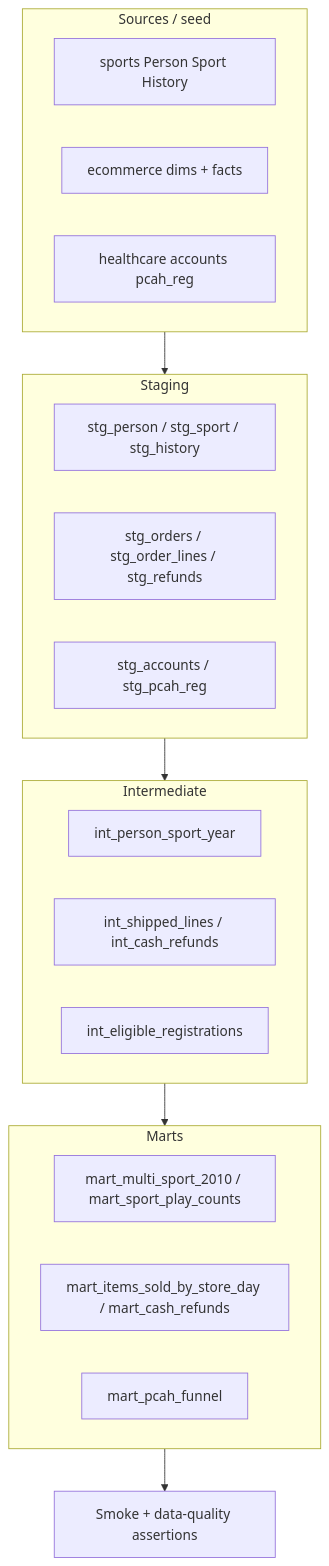
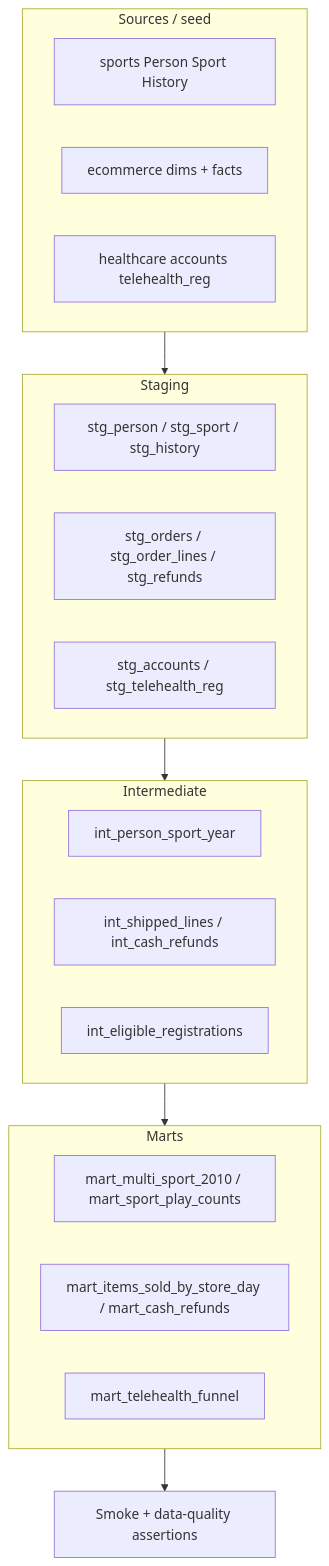
One commit to kchebs/example_SQL changed the diagram in docs/dbt_style_layering.md. Above: the diagram before and after it, drawn with Mermaid. The commit also changed other lines of this file and 9 other files, not shown here.

Commit message:
Rename telehealth schema identifiers; remove service fingerprints.

````diff
--- a/docs/dbt_style_layering.md
+++ b/docs/dbt_style_layering.md
@@ -5,25 +5,25 @@
 ```mermaid
 flowchart TB
   subgraph sources [Sources / seed]
     S1[sports Person Sport History]
     S2[ecommerce dims + facts]
-    S3[healthcare accounts pcah_reg]
+    S3[healthcare accounts telehealth_reg]
   end
   subgraph staging [Staging]
     St1[stg_person / stg_sport / stg_history]
     St2[stg_orders / stg_order_lines / stg_refunds]
-    St3[stg_accounts / stg_pcah_reg]
+    St3[stg_accounts / stg_telehealth_reg]
   end
   subgraph intermediate [Intermediate]
     I1[int_person_sport_year]
     I2[int_shipped_lines / int_cash_refunds]
     I3[int_eligible_registrations]
   end
   subgraph marts [Marts]
     M1[mart_multi_sport_2010 / mart_sport_play_counts]
     M2[mart_items_sold_by_store_day / mart_cash_refunds]
-    M3[mart_pcah_funnel]
+    M3[mart_telehealth_funnel]
   end
   sources --> staging --> intermediate --> marts
   marts --> Smoke[Smoke + data-quality assertions]
 ```
````
